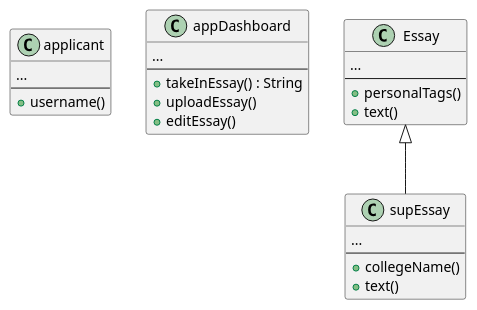
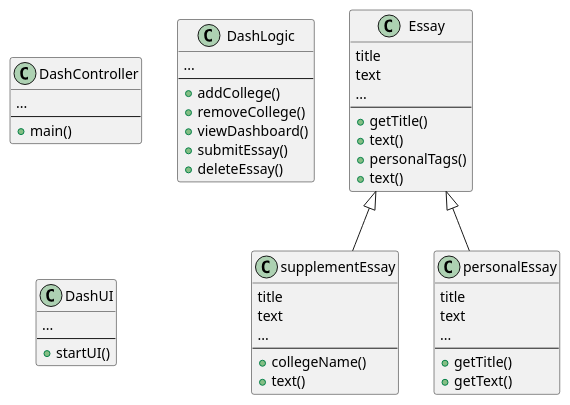
One commit to jlederer33/Essay-Review-App changed the third of 3 diagrams in intellij/doc/design.md. Above: the diagram before and after it, drawn with PlantUML.

Commit message:
Made changes

````diff
--- a/intellij/doc/design.md
+++ b/intellij/doc/design.md
@@ -49,31 +49,55 @@
 ```plantuml
-class applicant{
+
+class Essay{
+title
+text
 ...
 --
-+username()
-}
-
-class appDashboard{
-...
---
-+takeInEssay() : String
-+uploadEssay()
-+editEssay()
-}
-
-class Essay{
-...
---
++getTitle()
++text()
 +personalTags()
 +text()
 }
 
-class supEssay{
+class supplementEssay{
+title
+text
 ...
 --
 +collegeName()
 +text()
 }
 
-Essay <|--  supEssay
+class personalEssay{
+title
+text
+...
+--
++getTitle()
++getText()
+}
+Essay <|--  supplementEssay
+Essay <|-- personalEssay
+
+class DashController{
+...
+--
++main()
+}
+
+class DashLogic{
+...
+--
++addCollege()
++removeCollege()
++viewDashboard()
++submitEssay()
++deleteEssay()
+}
+
+class DashUI{
+...
+--
++startUI()
+}
 ```
````
